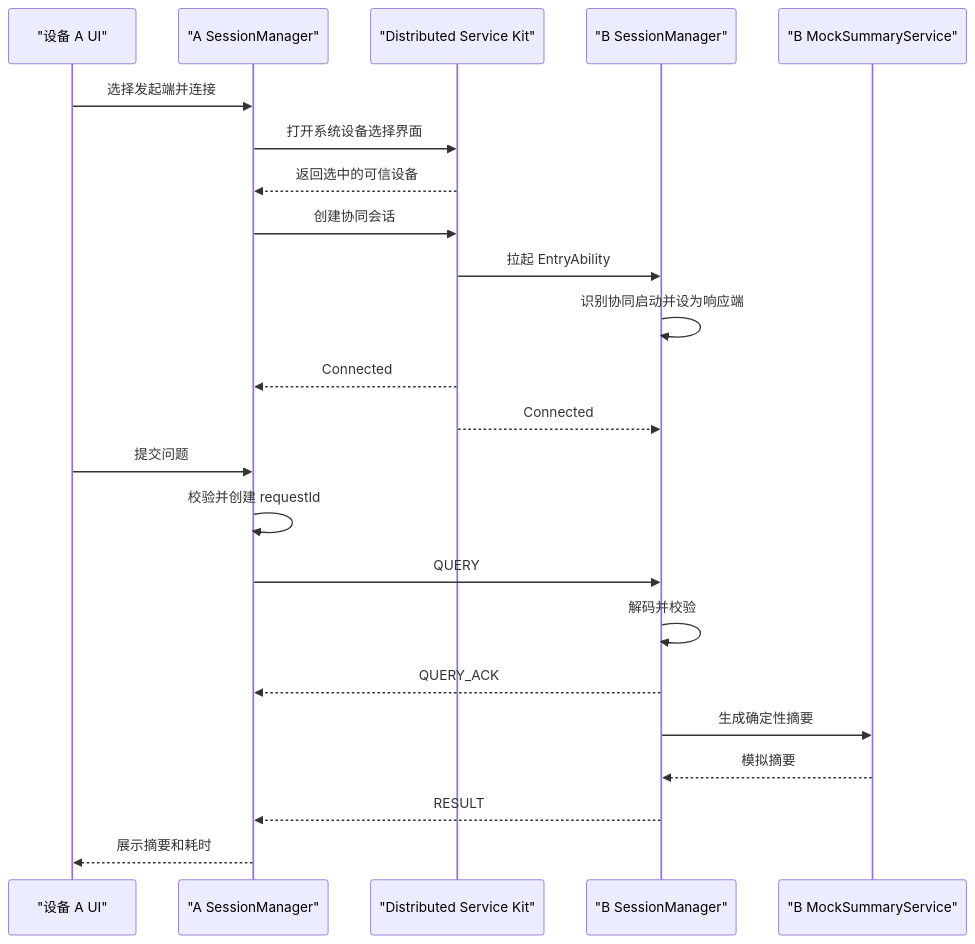
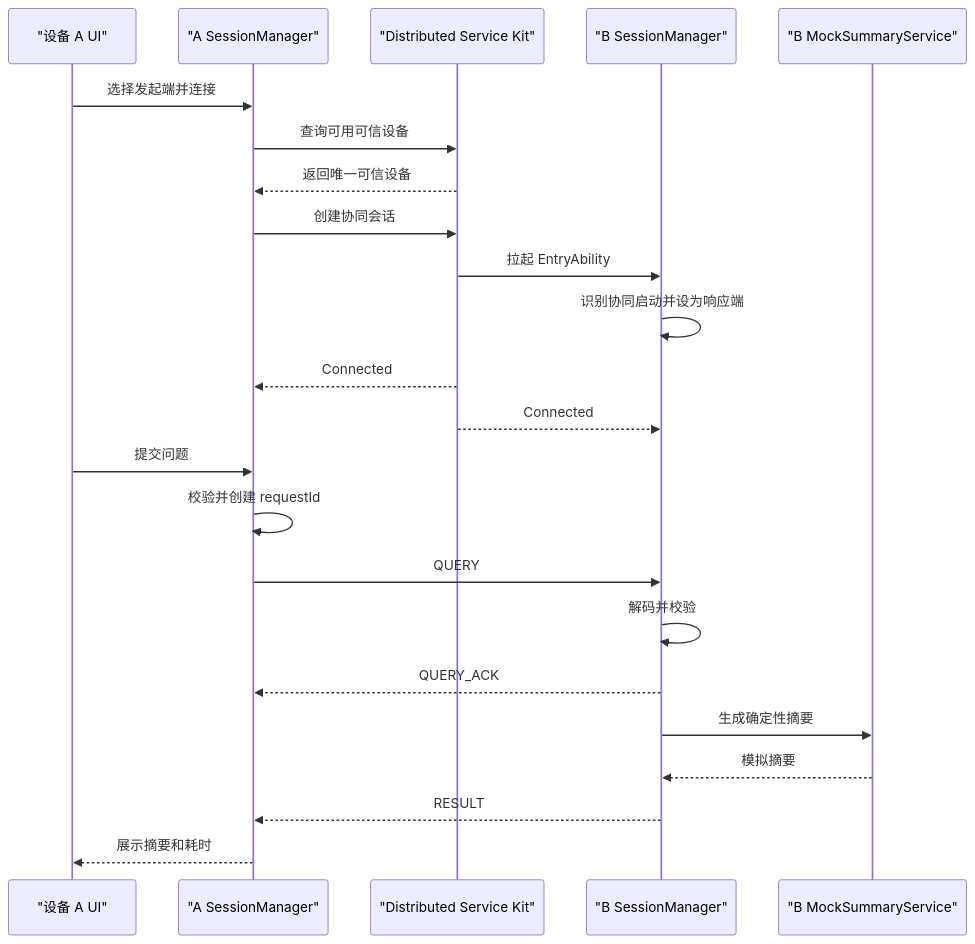
Before and after one commit to TokaiTeio666/SemaLink: the second of 2 diagrams in docs/superpowers/specs/2026-07-14-semalink-cross-device-communication-mvp-design.md, drawn with Mermaid. The commit also changed other lines of this file and 3 other files, not shown here.

````diff
--- a/docs/superpowers/specs/2026-07-14-semalink-cross-device-communication-mvp-design.md
+++ b/docs/superpowers/specs/2026-07-14-semalink-cross-device-communication-mvp-design.md
@@ -155,27 +159,27 @@
 ```mermaid
 sequenceDiagram
     participant UIA as "设备 A UI"
     participant SA as "A SessionManager"
     participant DSK as "Distributed Service Kit"
     participant SB as "B SessionManager"
     participant MB as "B MockSummaryService"
 
     UIA->>SA: 选择发起端并连接
-    SA->>DSK: 打开系统设备选择界面
-    DSK-->>SA: 返回选中的可信设备
+    SA->>DSK: 查询可用可信设备
+    DSK-->>SA: 返回唯一可信设备
     SA->>DSK: 创建协同会话
     DSK->>SB: 拉起 EntryAbility
     SB->>SB: 识别协同启动并设为响应端
     DSK-->>SA: Connected
     DSK-->>SB: Connected
 
     UIA->>SA: 提交问题
     SA->>SA: 校验并创建 requestId
     SA->>SB: QUERY
     SB->>SB: 解码并校验
     SB-->>SA: QUERY_ACK
     SB->>MB: 生成确定性摘要
     MB-->>SB: 模拟摘要
     SB-->>SA: RESULT
     SA-->>UIA: 展示摘要和耗时
 ```
````
